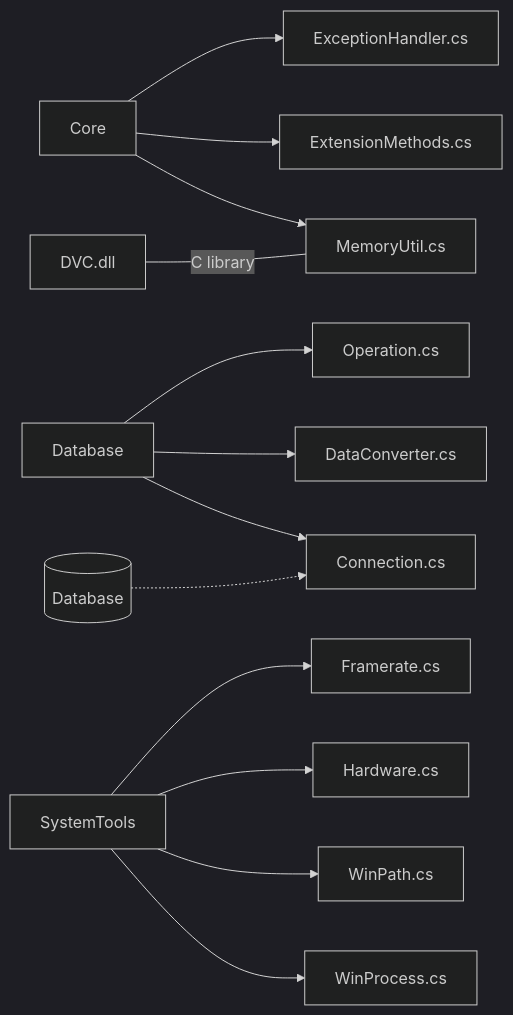
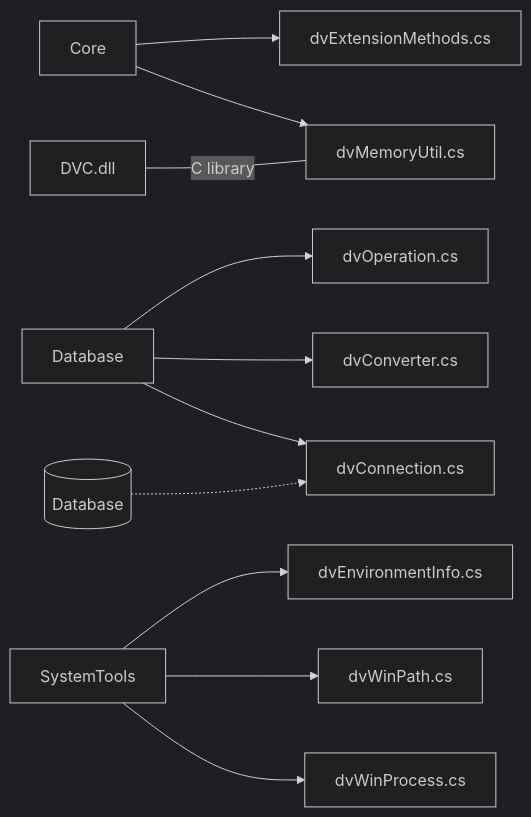
One commit to grimy86/DataVista changed the diagram in README.md. Above: the diagram before and after it, drawn with Mermaid (dark theme). The commit also changed 14 other files, not shown here.

Commit message:
Fixes: - Prepended dv to every class as to not have any namespace violations in the future - Beyond the scope of this repo: Framerate + Exceptionhandler - Not necessary: ISystemManager - Connection and Operation constructor issues - Added nullreference checks for the Connection class

````diff
--- a/README.md
+++ b/README.md
@@ -49,19 +49,17 @@
 ```mermaid
 graph LR;
-	Core --> ExceptionHandler.cs
-	Core --> ExtensionMethods.cs
-	Core --> MemoryUtil.cs
+	Core --> dvExtensionMethods.cs
+	Core --> dvMemoryUtil.cs
 	
-	DVC.dll --C library--- MemoryUtil.cs
+	DVC.dll --C library--- dvMemoryUtil.cs
 	
-	Database --> Operation.cs
-	Database --> DataConverter.cs
-	Database --> Connection.cs
+	Database --> dvOperation.cs
+	Database --> dvConverter.cs
+	Database --> dvConnection.cs
  
-	SQL[(Database)] -.-> Connection.cs	
+	SQL[(Database)] -.-> dvConnection.cs	
  
-	SystemTools --> Framerate.cs
-	SystemTools --> Hardware.cs
-	SystemTools --> WinPath.cs
-	SystemTools --> WinProcess.cs
+	SystemTools --> dvEnvironmentInfo.cs
+	SystemTools --> dvWinPath.cs
+	SystemTools --> dvWinProcess.cs
 ```
````
